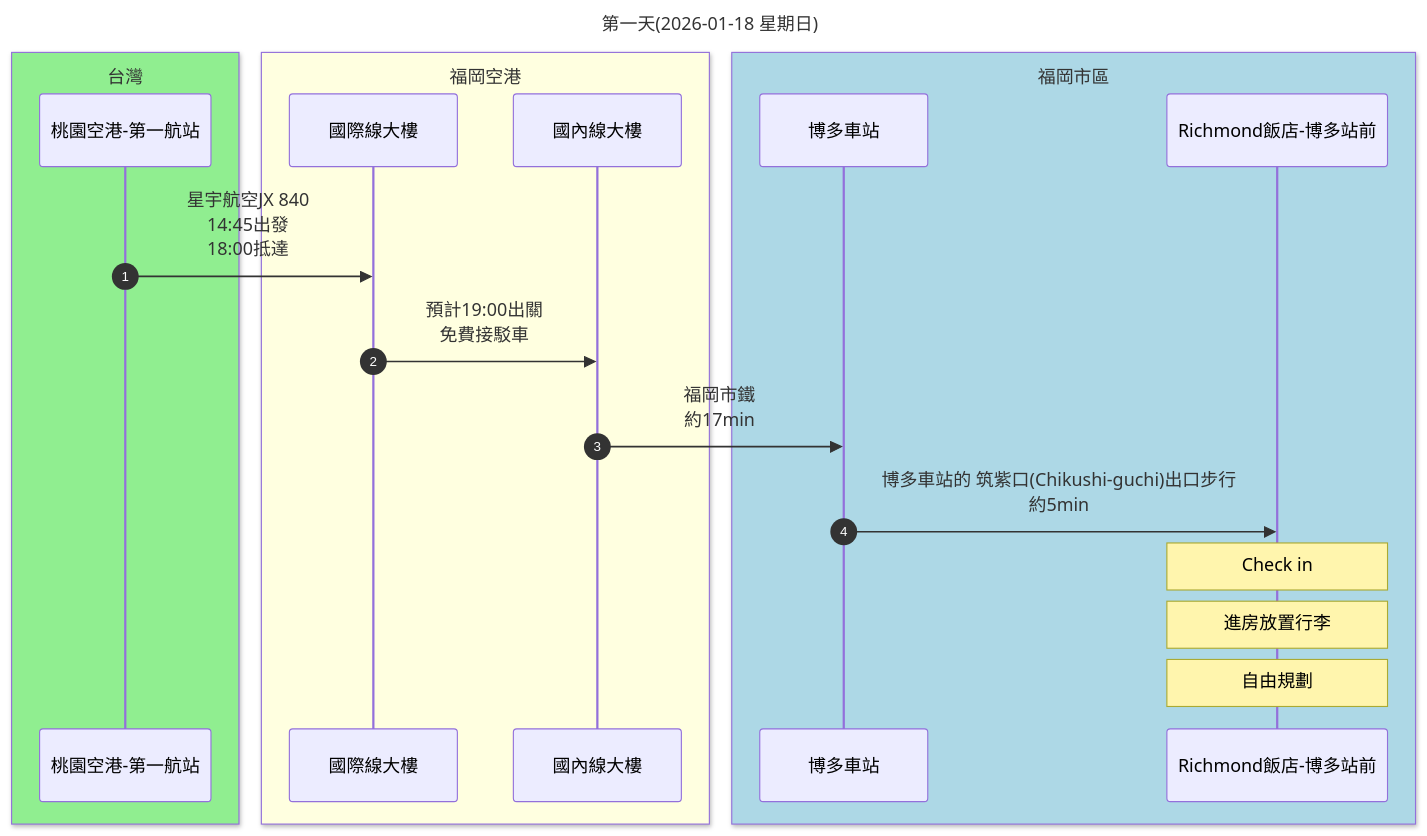
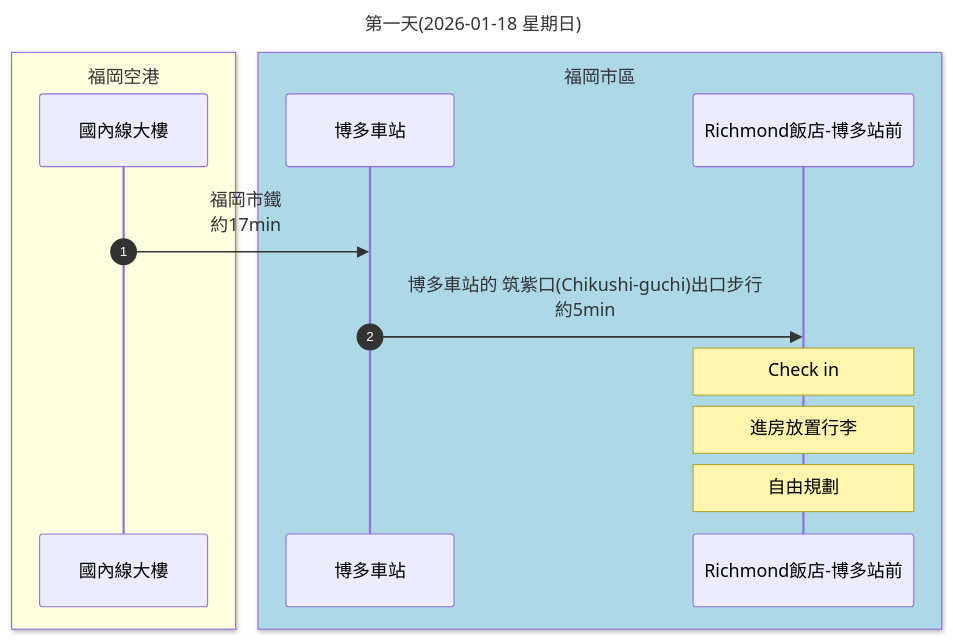
The second of 13 diagrams in 行程規劃A.md (Shuming-Yang/2026-January-Trip), drawn with Mermaid before and after one commit. The commit also changed other lines of this file, not shown here.

````diff
--- a/行程規劃A.md
+++ b/行程規劃A.md
@@ -20,24 +36,18 @@
 ```mermaid
 sequenceDiagram
     autonumber
     title: 第一天(2026-01-18 星期日)
-    box lightgreen 台灣
-    participant A as 桃園空港-第一航站
-    end
     box lightyellow 福岡空港
-    participant B as 國際線大樓
     participant C as 國內線大樓
     end
     box lightblue 福岡市區
     participant D as 博多車站
     participant E as Richmond飯店-博多站前
     end
 
-    A ->> B: 星宇航空JX 840<br>14:45出發<br>18:00抵達
-    B ->> C: 預計19:00出關<br>免費接駁車
     C ->> D: 福岡市鐵<br>約17min
     D ->> E: 博多車站的 筑紫口(Chikushi-guchi)出口步行<br>約5min
     Note over E: Check in
     Note over E: 進房放置行李
     Note over E: 自由規劃
 ```
````
